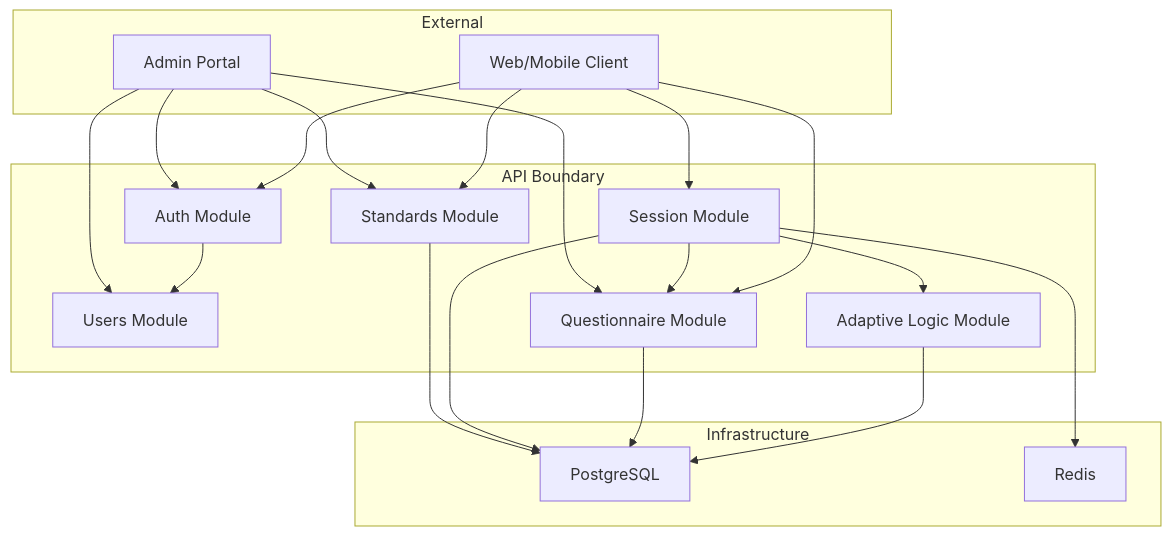
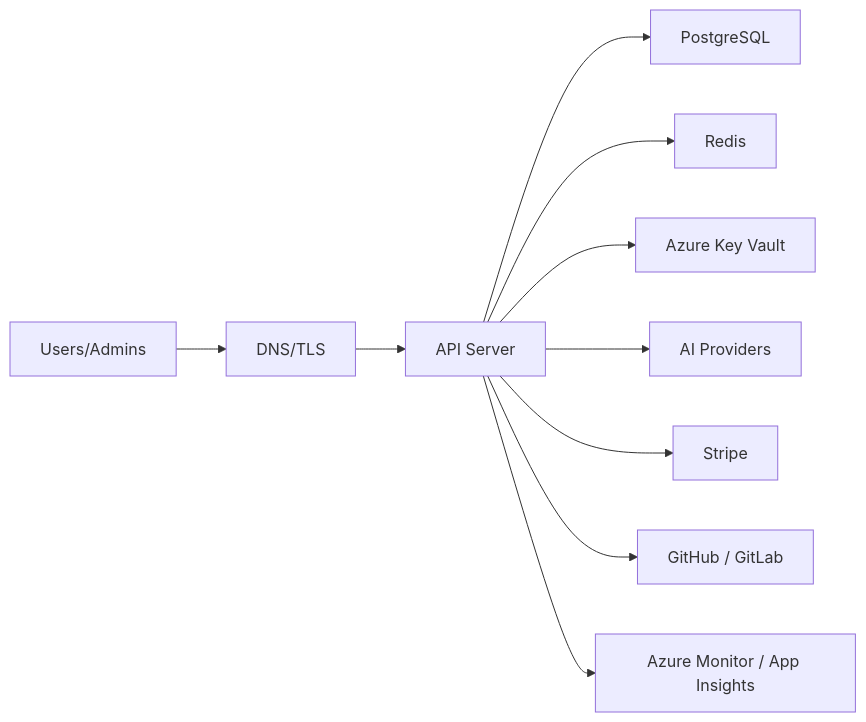
Before and after one commit to BAS-More/Quiz2Biz: the eighth of 9 diagrams in .qoder/repowiki/en/content/Architecture Overview/Architecture Overview.md, drawn with Mermaid. The commit also changed other lines of this file and 191 other files, not shown here.

````diff
--- a/.qoder/repowiki/en/content/Architecture Overview/Architecture Overview.md
+++ b/.qoder/repowiki/en/content/Architecture Overview/Architecture Overview.md
@@ -504,35 +325,12 @@
 ```mermaid
-graph TB
-subgraph "External"
-Browser["Web/Mobile Client"]
-AdminPortal["Admin Portal"]
-end
-subgraph "API Boundary"
-Auth["Auth Module"]
-Users["Users Module"]
-Quest["Questionnaire Module"]
-Session["Session Module"]
-Logic["Adaptive Logic Module"]
-Standards["Standards Module"]
-end
-subgraph "Infrastructure"
-Postgres["PostgreSQL"]
-Redis["Redis"]
-end
-Browser --> Auth
-Browser --> Session
-Browser --> Quest
-Browser --> Standards
-Auth --> Users
-Session --> Quest
-Session --> Logic
-Logic --> Postgres
-Quest --> Postgres
-Session --> Postgres
-Session --> Redis
-Standards --> Postgres
-AdminPortal --> Auth
-AdminPortal --> Users
-AdminPortal --> Quest
-AdminPortal --> Standards
+graph LR
+U["Users/Admins"] --> DNS["DNS/TLS"]
+DNS --> API["API Server"]
+API --> DB["PostgreSQL"]
+API --> REDIS["Redis"]
+API --> KV["Azure Key Vault"]
+API --> AI["AI Providers"]
+API --> STRIPE["Stripe"]
+API --> SCM["GitHub / GitLab"]
+API --> MON["Azure Monitor / App Insights"]
 ```
````
